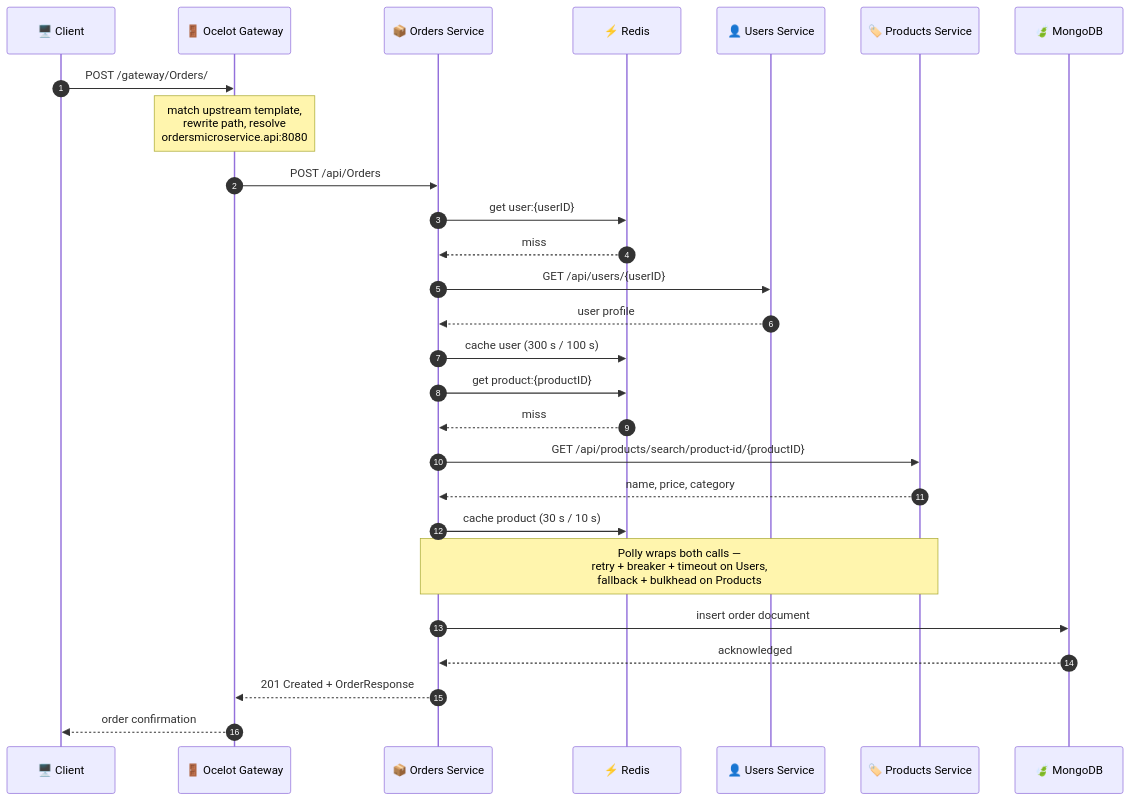
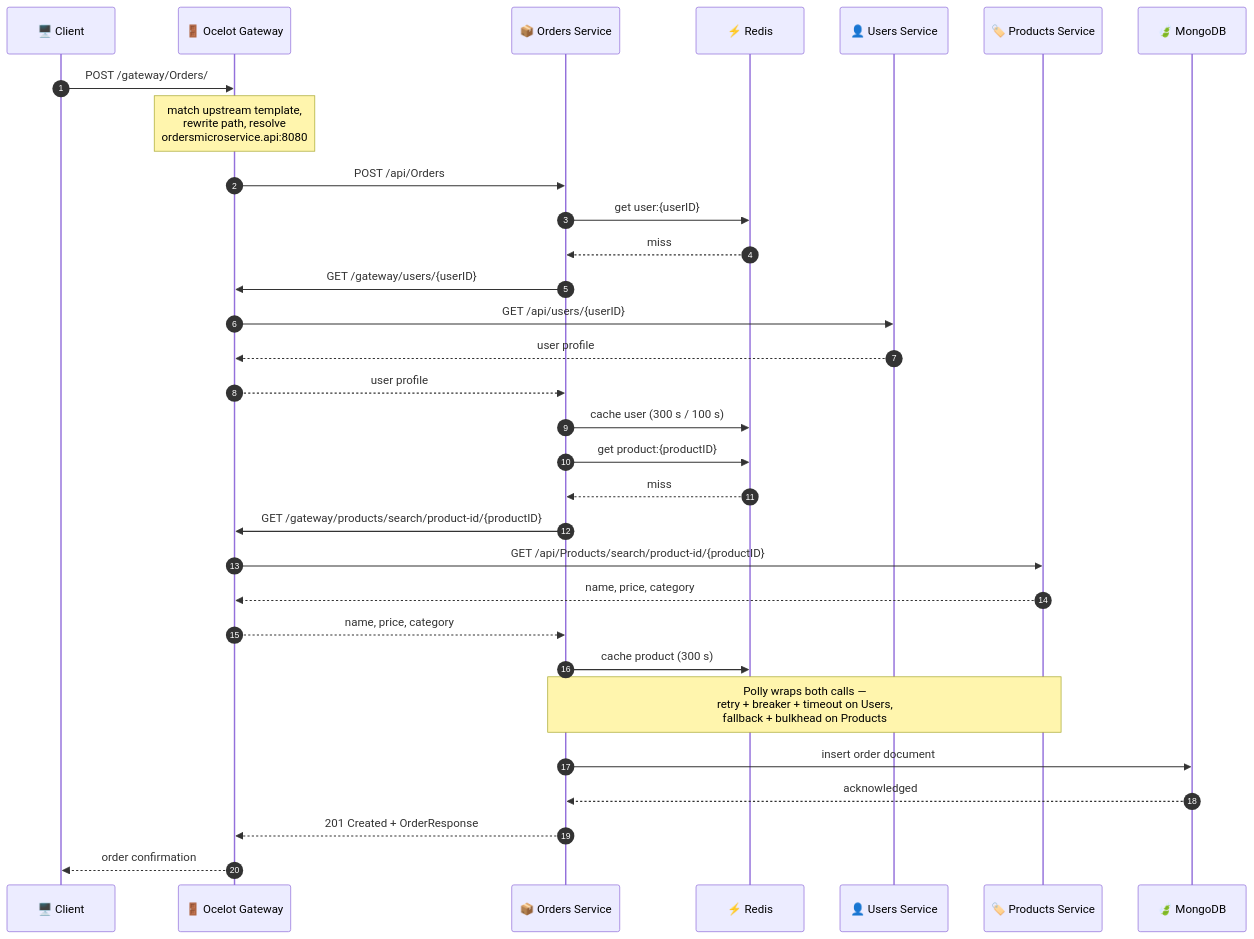
Before and after one commit to sayanpr8175/eCommerceSolution.OrdersService: the third of 6 diagrams in readme.md, drawn with Mermaid. The commit also changed other lines of this file and 1 other file, not shown here.

````diff
--- a/readme.md
+++ b/readme.md
@@ -289,34 +377,38 @@
 ```mermaid
 sequenceDiagram
     autonumber
     participant C as 🖥️ Client
     participant G as 🚪 Ocelot Gateway
     participant O as 📦 Orders Service
     participant R as ⚡ Redis
     participant U as 👤 Users Service
     participant P as 🏷️ Products Service
     participant M as 🍃 MongoDB
 
     C->>G: POST /gateway/Orders/
     Note over G: match upstream template,<br/>rewrite path, resolve<br/>ordersmicroservice.api:8080
     G->>O: POST /api/Orders
 
     O->>R: get user:{userID}
     R-->>O: miss
-    O->>U: GET /api/users/{userID}
-    U-->>O: user profile
+    O->>G: GET /gateway/users/{userID}
+    G->>U: GET /api/users/{userID}
+    U-->>G: user profile
+    G-->>O: user profile
     O->>R: cache user (300 s / 100 s)
 
     O->>R: get product:{productID}
     R-->>O: miss
-    O->>P: GET /api/products/search/product-id/{productID}
-    P-->>O: name, price, category
-    O->>R: cache product (30 s / 10 s)
+    O->>G: GET /gateway/products/search/product-id/{productID}
+    G->>P: GET /api/Products/search/product-id/{productID}
+    P-->>G: name, price, category
+    G-->>O: name, price, category
+    O->>R: cache product (300 s)
 
     Note over O,P: Polly wraps both calls —<br/>retry + breaker + timeout on Users,<br/>fallback + bulkhead on Products
 
     O->>M: insert order document
     M-->>O: acknowledged
     O-->>G: 201 Created + OrderResponse
     G-->>C: order confirmation
 ```
````
